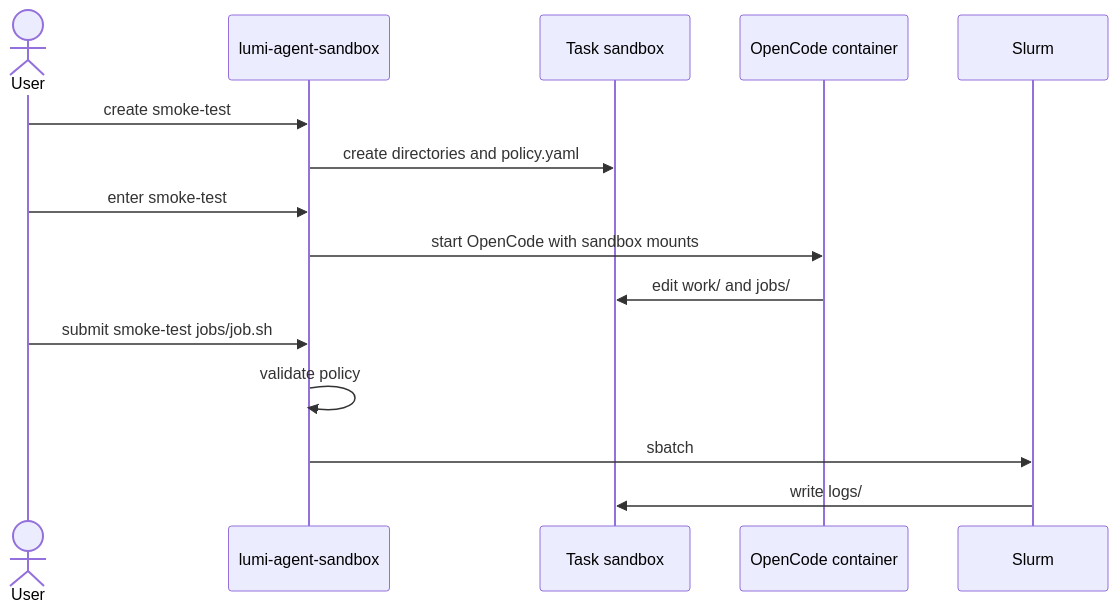
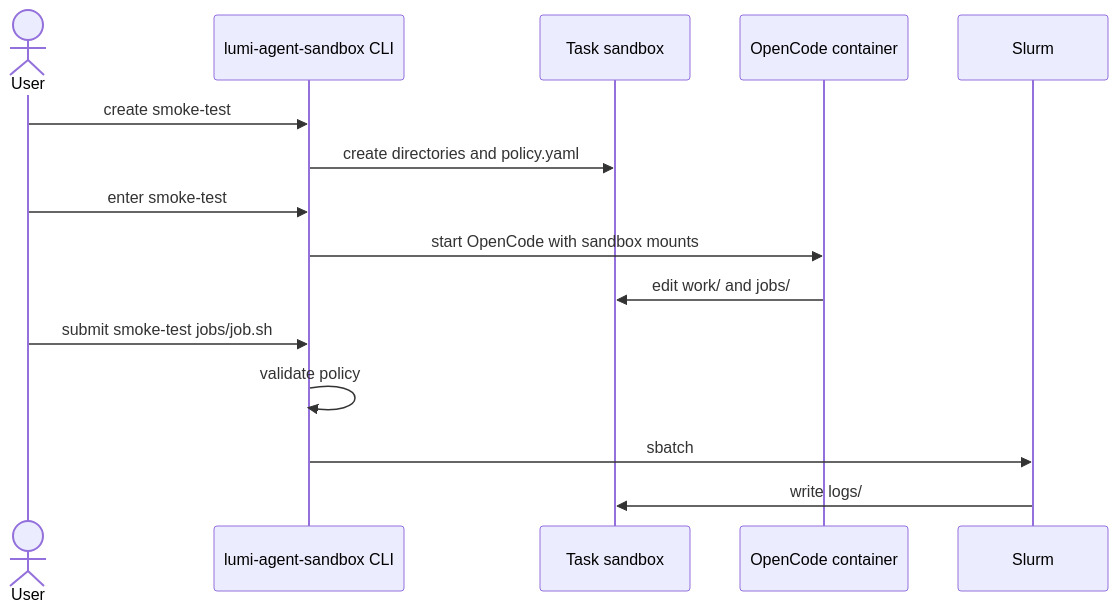
Before and after one commit to aniskhan25/lumi-agent-sandbox: the diagram in README.md, drawn with Mermaid.

Commit message:
Move README flow near top

````diff
--- a/README.md
+++ b/README.md
@@ -144,18 +9,18 @@
 ```mermaid
 sequenceDiagram
     actor User
-    participant CLI as lumi-agent-sandbox
+    participant CLI as lumi-agent-sandbox CLI
     participant Sandbox as Task sandbox
     participant Container as OpenCode container
     participant Slurm
 
     User->>CLI: create smoke-test
     CLI->>Sandbox: create directories and policy.yaml
     User->>CLI: enter smoke-test
     CLI->>Container: start OpenCode with sandbox mounts
     Container->>Sandbox: edit work/ and jobs/
     User->>CLI: submit smoke-test jobs/job.sh
     CLI->>CLI: validate policy
     CLI->>Slurm: sbatch
     Slurm->>Sandbox: write logs/
 ```
````
